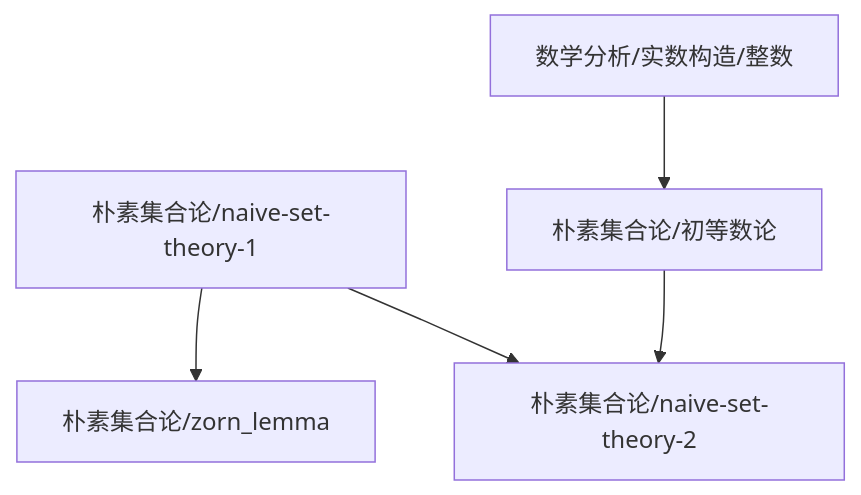
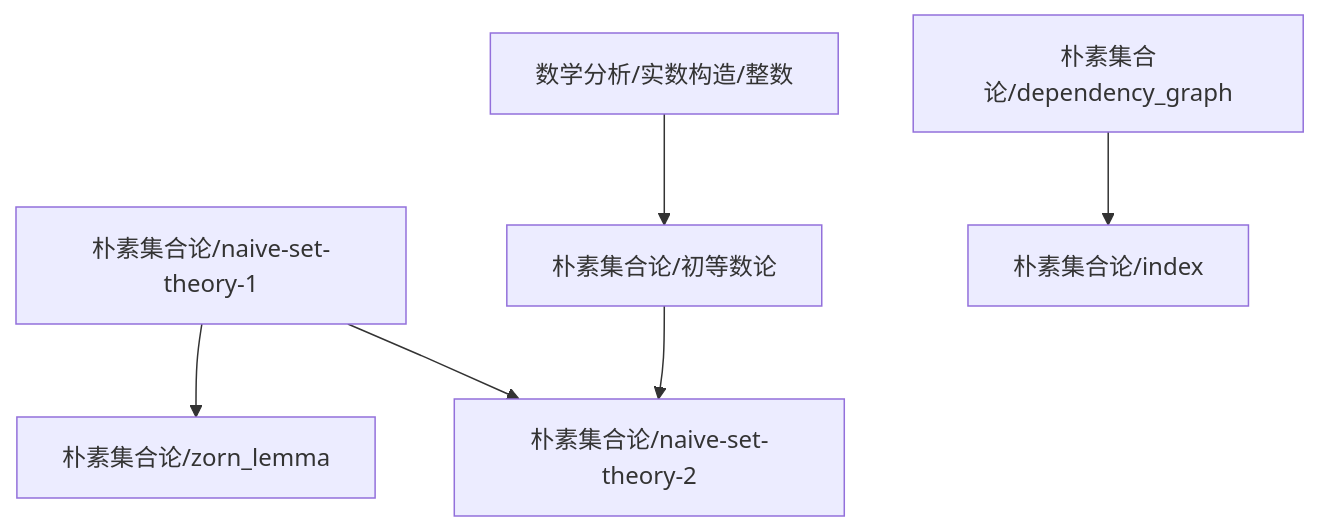
Before and after one commit to zeroDtree/zeroDtree.github.io: the diagram in content/朴素集合论/dependency_graph.md, drawn with Mermaid. The commit also changed 30 other files, not shown here.

````diff
--- a/content/朴素集合论/dependency_graph.md
+++ b/content/朴素集合论/dependency_graph.md
@@ -1,7 +1,8 @@
 ```mermaid
 graph TD
 1["朴素集合论/naive-set-theory-1"] --> 0["朴素集合论/zorn_lemma"]
 3["数学分析/实数构造/整数"] --> 2["朴素集合论/初等数论"]
 1["朴素集合论/naive-set-theory-1"] --> 4["朴素集合论/naive-set-theory-2"]
 2["朴素集合论/初等数论"] --> 4["朴素集合论/naive-set-theory-2"]
+6["朴素集合论/dependency_graph"] --> 5["朴素集合论/index"]
 ```
````
